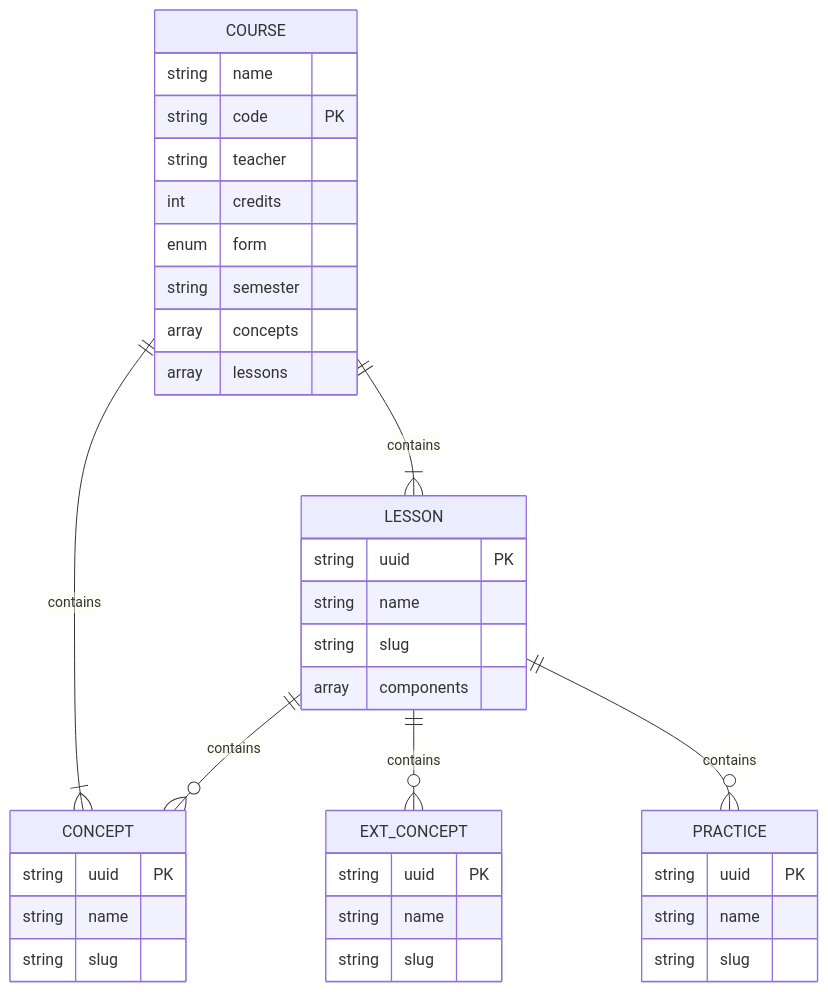
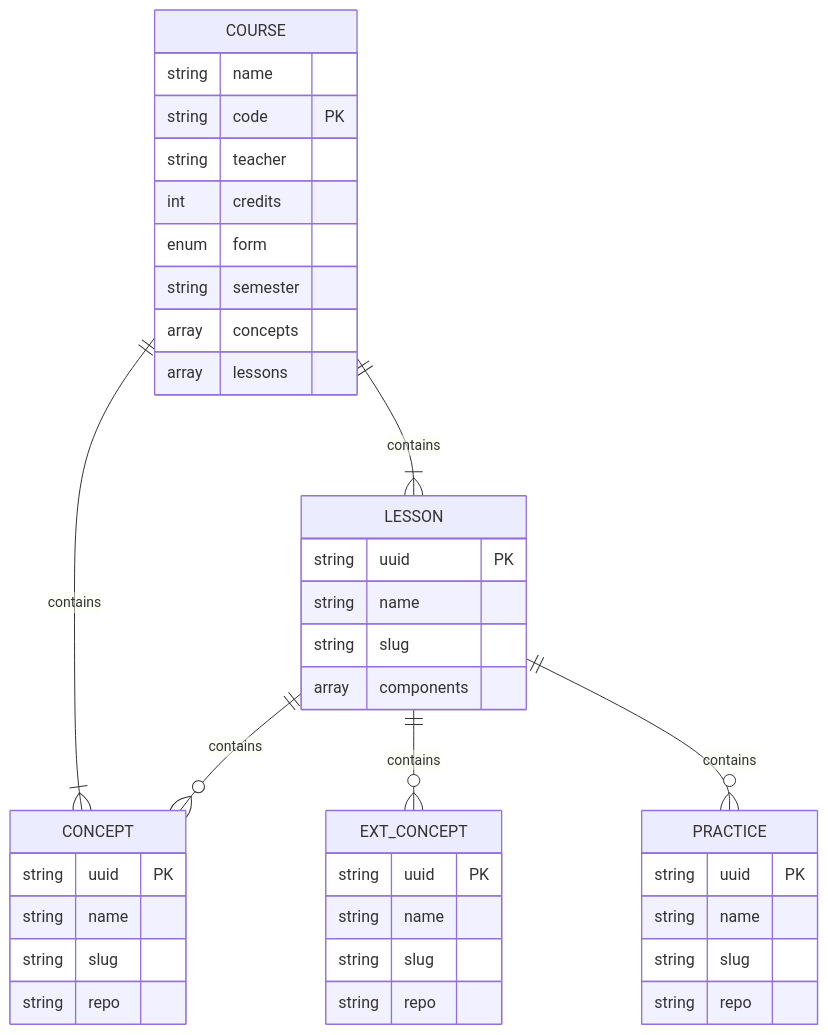
Before and after one commit to TLUHK-RIF21/HK-Ainekursus: the diagram in docs/content/backend/courseConfigLogic.md, drawn with Mermaid. The commit also changed 18 other files, not shown here.

````diff
--- a/docs/content/backend/courseConfigLogic.md
+++ b/docs/content/backend/courseConfigLogic.md
@@ -1,40 +1,43 @@
 ```mermaid
 erDiagram
     COURSE ||--|{ LESSON: contains
     COURSE {
         string name
         string code PK
         string teacher
         int credits
         enum form
         string semester
         array concepts
         array lessons
     }
     COURSE ||--|{ CONCEPT: contains
     CONCEPT {
         string uuid PK
         string name
         string slug
+        string repo
     }
     EXT_CONCEPT {
         string uuid PK
         string name
         string slug
+        string repo
     }
     PRACTICE {
         string uuid PK
         string name
         string slug
+        string repo
     }
     LESSON ||--o{ CONCEPT: contains
     LESSON ||--o{ EXT_CONCEPT: contains
     LESSON ||--o{ PRACTICE: contains
     LESSON {
         string uuid PK
         string name
         string slug
         array components
     }
 
 ```
````
